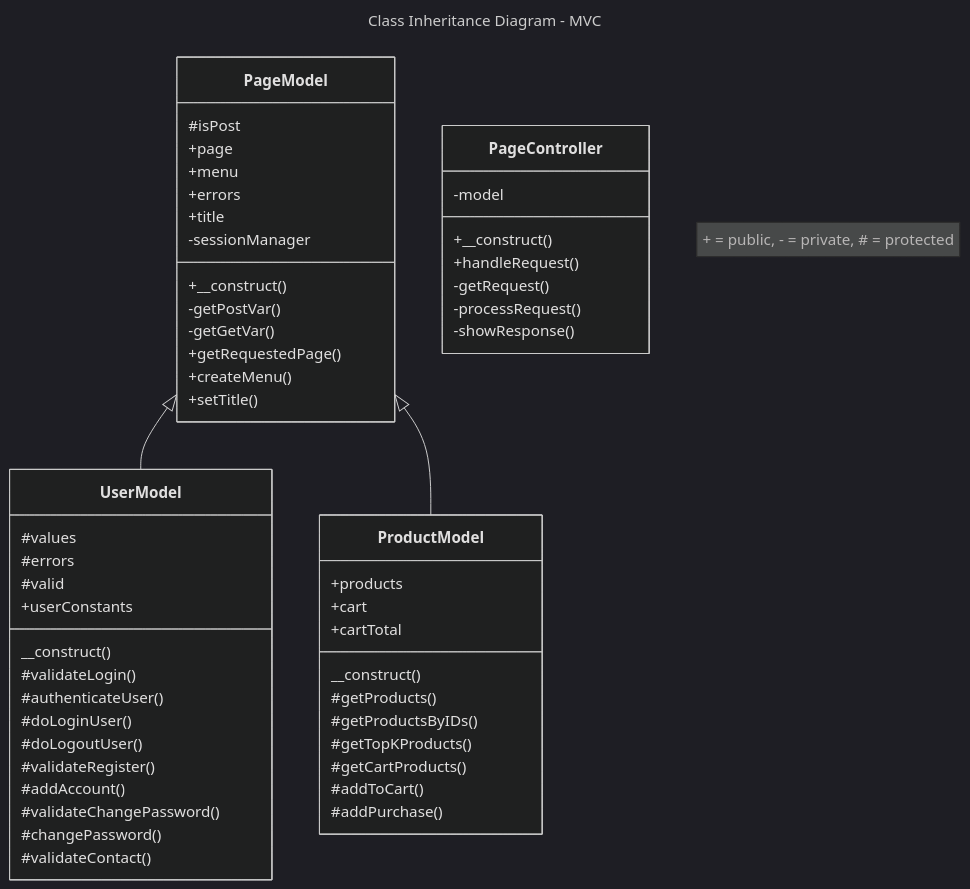
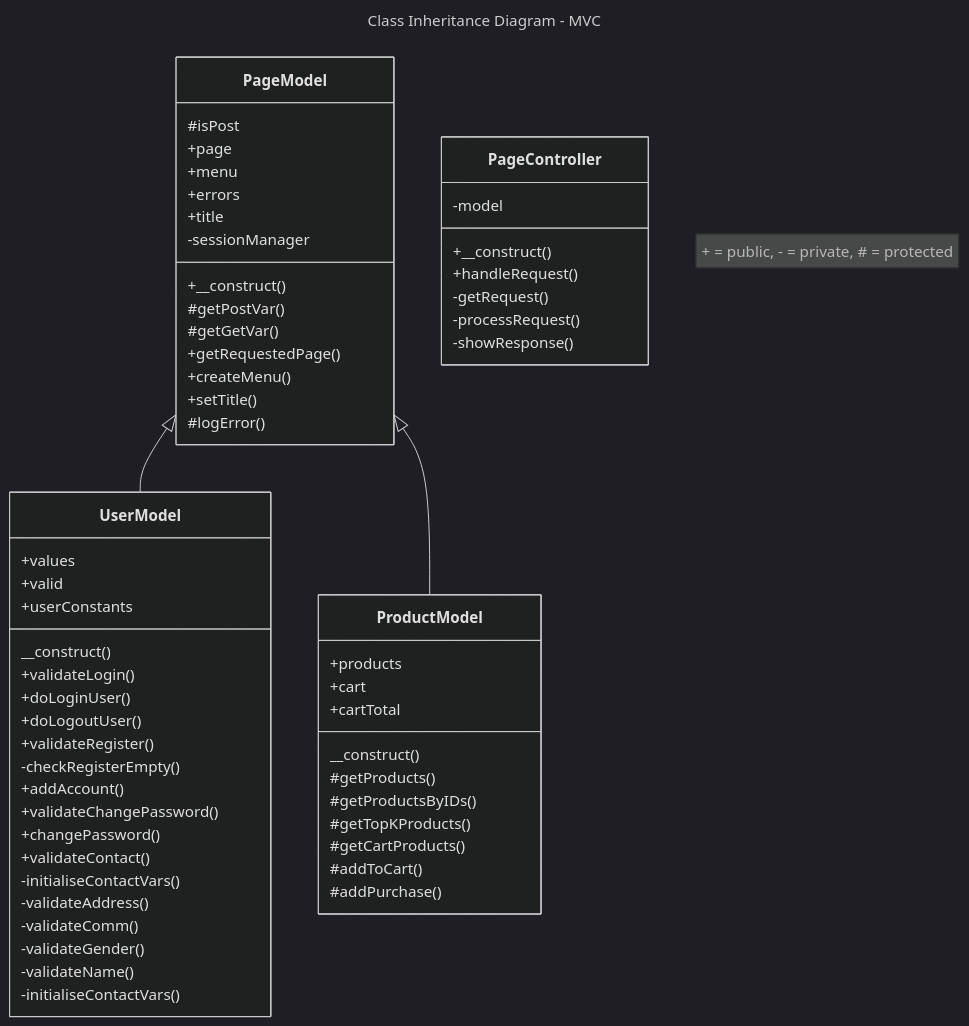
The diagram in Diagrams/class-inheritance-diagram-MVC.md (JeroenHeemskerk/educom-webshop-oop-1713521403), drawn with Mermaid (dark theme) before and after one commit. The commit also changed 1 other file, not shown here.

Commit message:
02A: opdr 4.2, issue 5; MVC diagram geupdatet met hulpfuncties en visibility

````diff
--- a/Diagrams/class-inheritance-diagram-MVC.md
+++ b/Diagrams/class-inheritance-diagram-MVC.md
@@ -1,66 +1,72 @@
 ```mermaid
 ---
 title: Class Inheritance Diagram - MVC
 ---
 classDiagram
     note "+ = public, - = private, # = protected"
     %% A <|-- B means that class B inherits from class A %%
 
     PageModel <|-- UserModel
     PageModel <|-- ProductModel
 
     class PageController {
         -model
         +__construct()
         +handleRequest()
         -getRequest()
         -processRequest()
         -showResponse()
 
     }
     class PageModel {
         #isPost
         +page
         +menu
         +errors
         +title
         -sessionManager
         +__construct()
-        -getPostVar()
-        -getGetVar()
+        #getPostVar()
+        #getGetVar()
         +getRequestedPage()
         +createMenu()
         +setTitle()
+        #logError()
     }
 
     class UserModel {
-        #values
-        #errors
-        #valid
+        +values
+        +valid
         +userConstants
         __construct()
-        #validateLogin()
-        #authenticateUser()
-        #doLoginUser()
-        #doLogoutUser()
-        #validateRegister()
-        #addAccount()
-        #validateChangePassword()
-        #changePassword()
-        #validateContact()
+        +validateLogin()
+        +doLoginUser()
+        +doLogoutUser()
+        +validateRegister()
+        -checkRegisterEmpty()
+        +addAccount()
+        +validateChangePassword()
+        +changePassword()
+        +validateContact()
+        -initialiseContactVars()
+        -validateAddress()
+        -validateComm()
+        -validateGender()
+        -validateName()
+        -initialiseContactVars()
     }
 
     class ProductModel {
         +products
         +cart
         +cartTotal
         __construct()
         #getProducts()
         #getProductsByIDs()
         #getTopKProducts()
         #getCartProducts()
         #addToCart()
         #addPurchase()
     }
 
 ```
````
